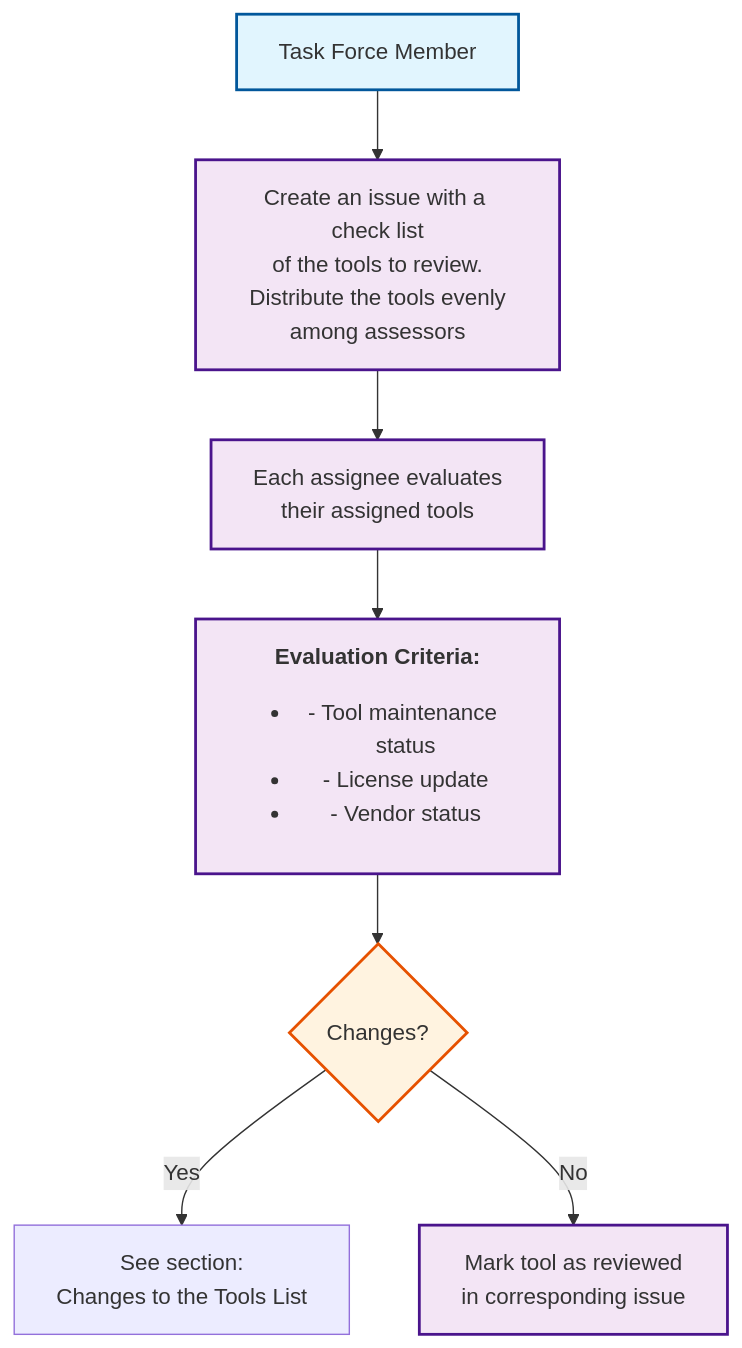
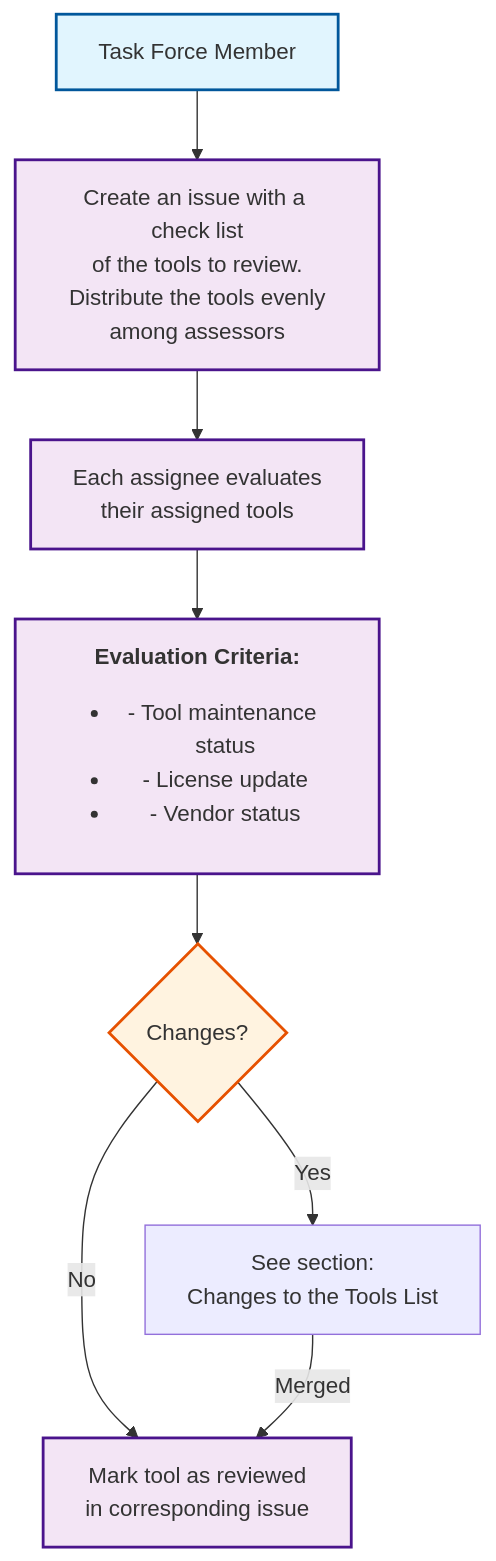
One commit to rustfoundation/safety-critical-rust-consortium changed the third of 4 diagrams in arewesafetycriticalyet.org/docs/tooling/rfc-tools-review.md. Above: the diagram before and after it, drawn with Mermaid.

Commit message:
Add merged path for tools review graph

````diff
--- a/arewesafetycriticalyet.org/docs/tooling/rfc-tools-review.md
+++ b/arewesafetycriticalyet.org/docs/tooling/rfc-tools-review.md
@@ -102,19 +102,20 @@
 ```mermaid
 flowchart TD
     %% Review Complete List Phase - Once a year
     C1[Task Force Member] --> C2[Create an issue with a check list<br/>of the tools to review.<br/>Distribute the tools evenly<br/>among assessors]
     C2 --> C3[Each assignee evaluates<br/>their assigned tools]
     C3 --> C4[<strong>Evaluation Criteria:</strong><ul><li>- Tool maintenance status</li><li>- License update</li><li>- Vendor status</li></ul>]
     C4 --> C5{Changes?}
     C5 --> |Yes| C7[See section:<br/>Changes to the Tools List]
     C5 --> |No| C6[Mark tool as reviewed<br/>in corresponding issue]
+    C7 --> |Merged| C6
 
     %% Styling
     classDef actor fill:#e1f5fe,stroke:#01579b,stroke-width:2px
     classDef process fill:#f3e5f5,stroke:#4a148c,stroke-width:2px
     classDef decision fill:#fff3e0,stroke:#e65100,stroke-width:2px
     
     class C1 actor
     class C5 decision
     class C2,C3,C4,C6 process
 ```
````
